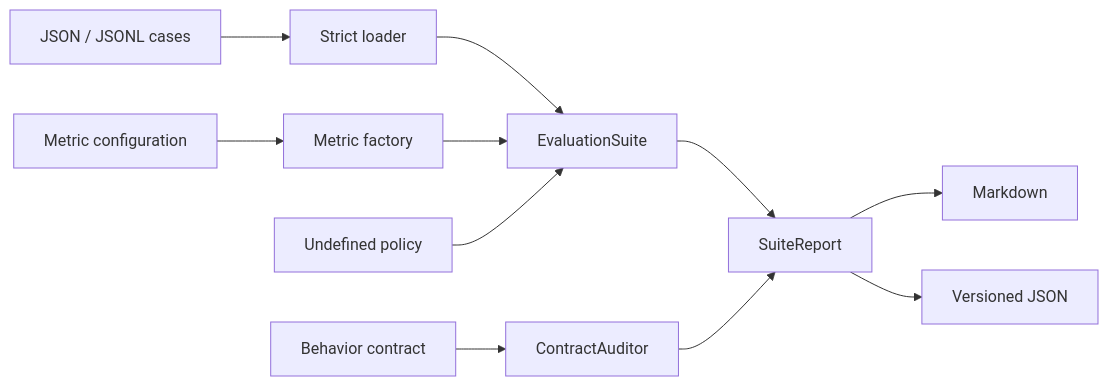
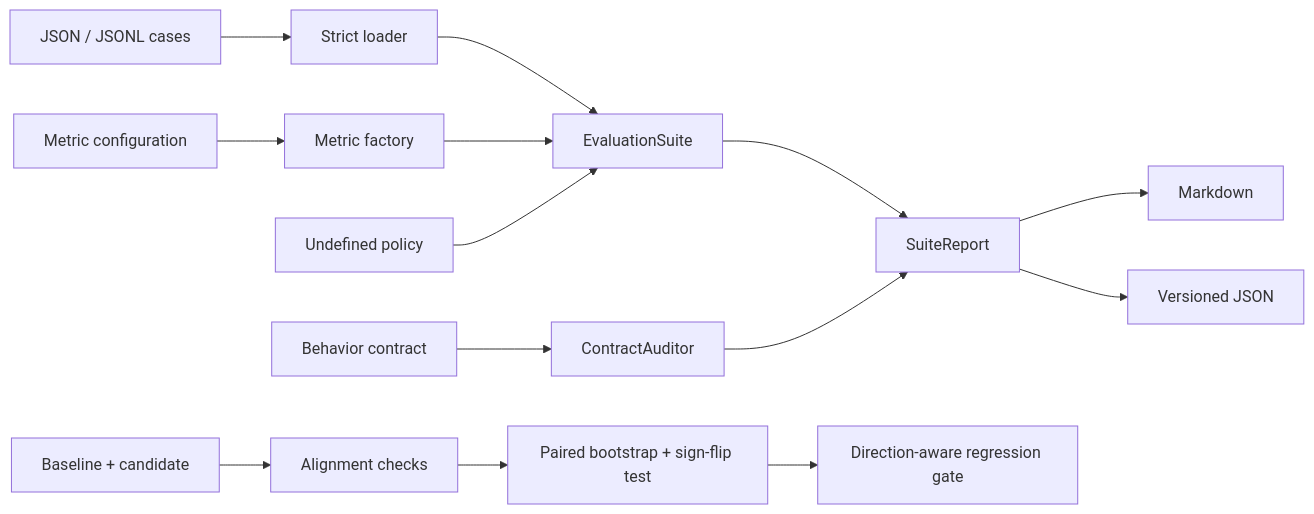
Before and after one commit to appleweiping/metricguard: the diagram in README.md, drawn with Mermaid. The commit also changed other lines of this file and 41 other files, not shown here.

````diff
--- a/README.md
+++ b/README.md
@@ -32,13 +37,16 @@
 ```mermaid
 flowchart LR
     A[JSON / JSONL cases] --> B[Strict loader]
     C[Metric configuration] --> D[Metric factory]
     B --> E[EvaluationSuite]
     D --> E
     F[Undefined policy] --> E
     G[Behavior contract] --> H[ContractAuditor]
     E --> I[SuiteReport]
     H --> I
     I --> J[Markdown]
     I --> K[Versioned JSON]
+    L[Baseline + candidate] --> M[Alignment checks]
+    M --> N[Paired bootstrap + sign-flip test]
+    N --> O[Direction-aware regression gate]
 ```
````
